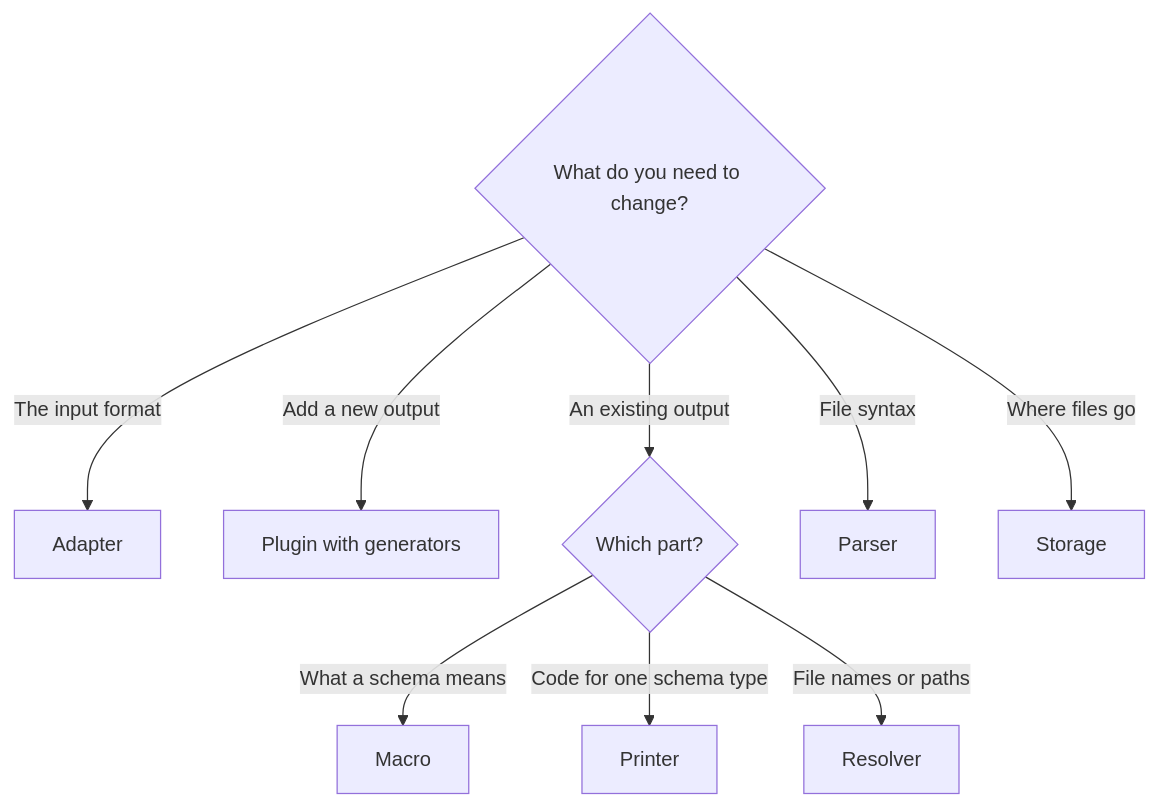
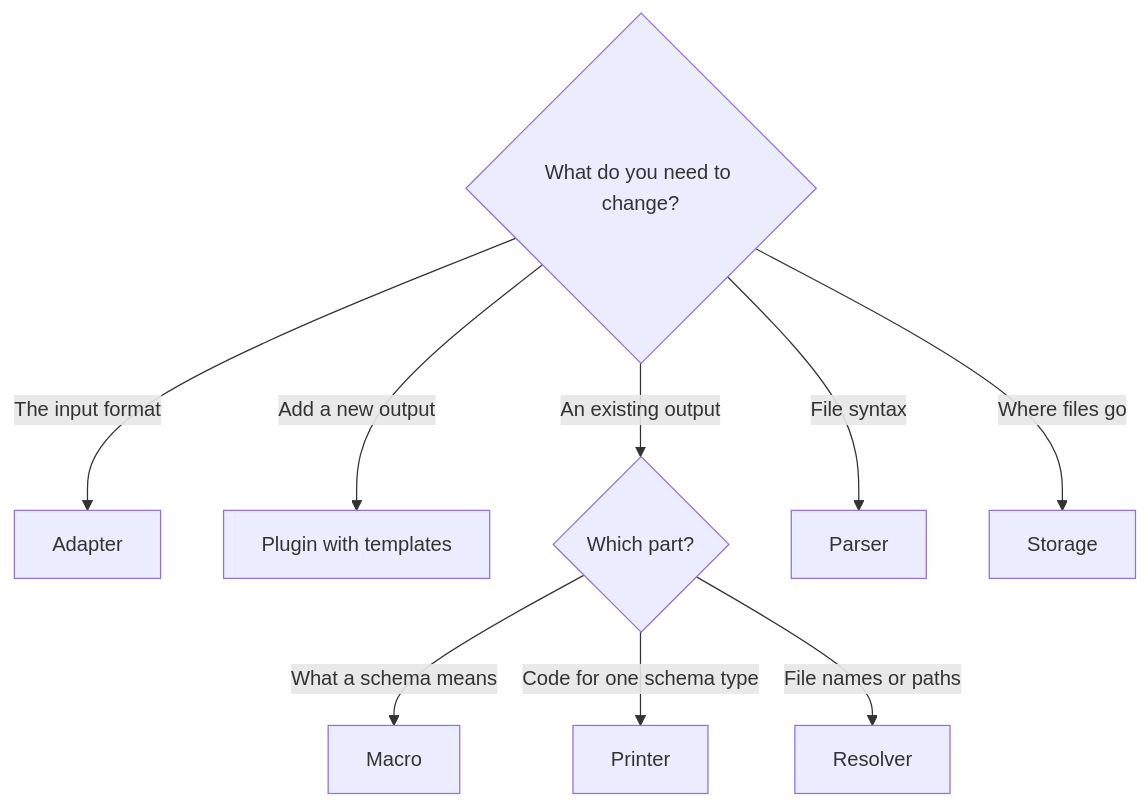
One commit to kubb-labs/kubb changed the second of 2 diagrams in docs/5.x/introduction/architecture.md. Above: the diagram before and after it, drawn with Mermaid. The commit also changed other lines of this file and 19 other files, not shown here.

Commit message:
docs: replace generators with templates (#4746)

````diff
--- a/docs/5.x/introduction/architecture.md
+++ b/docs/5.x/introduction/architecture.md
@@ -137,12 +137,12 @@
 ```mermaid
 flowchart TD
   Q{What do you need to change?}
   Q -->|The input format| A[Adapter]
-  Q -->|Add a new output| P[Plugin with generators]
+  Q -->|Add a new output| P[Plugin with templates]
   Q -->|An existing output| O{Which part?}
   O -->|What a schema means| M[Macro]
   O -->|Code for one schema type| PR[Printer]
   O -->|File names or paths| R[Resolver]
   Q -->|File syntax| PA[Parser]
   Q -->|Where files go| S[Storage]
 ```
````
